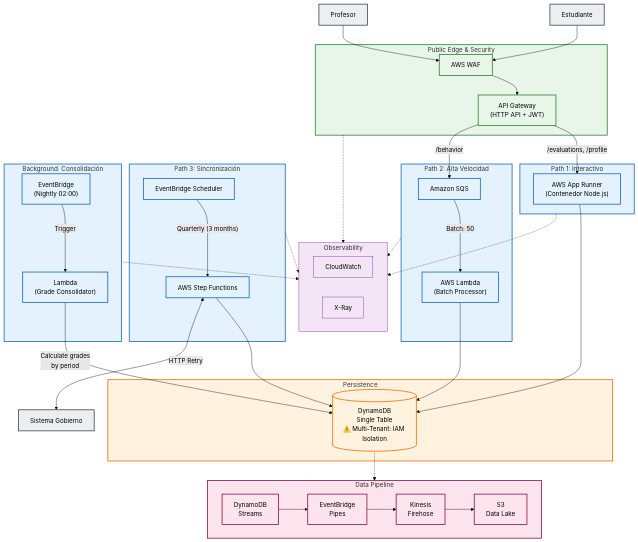
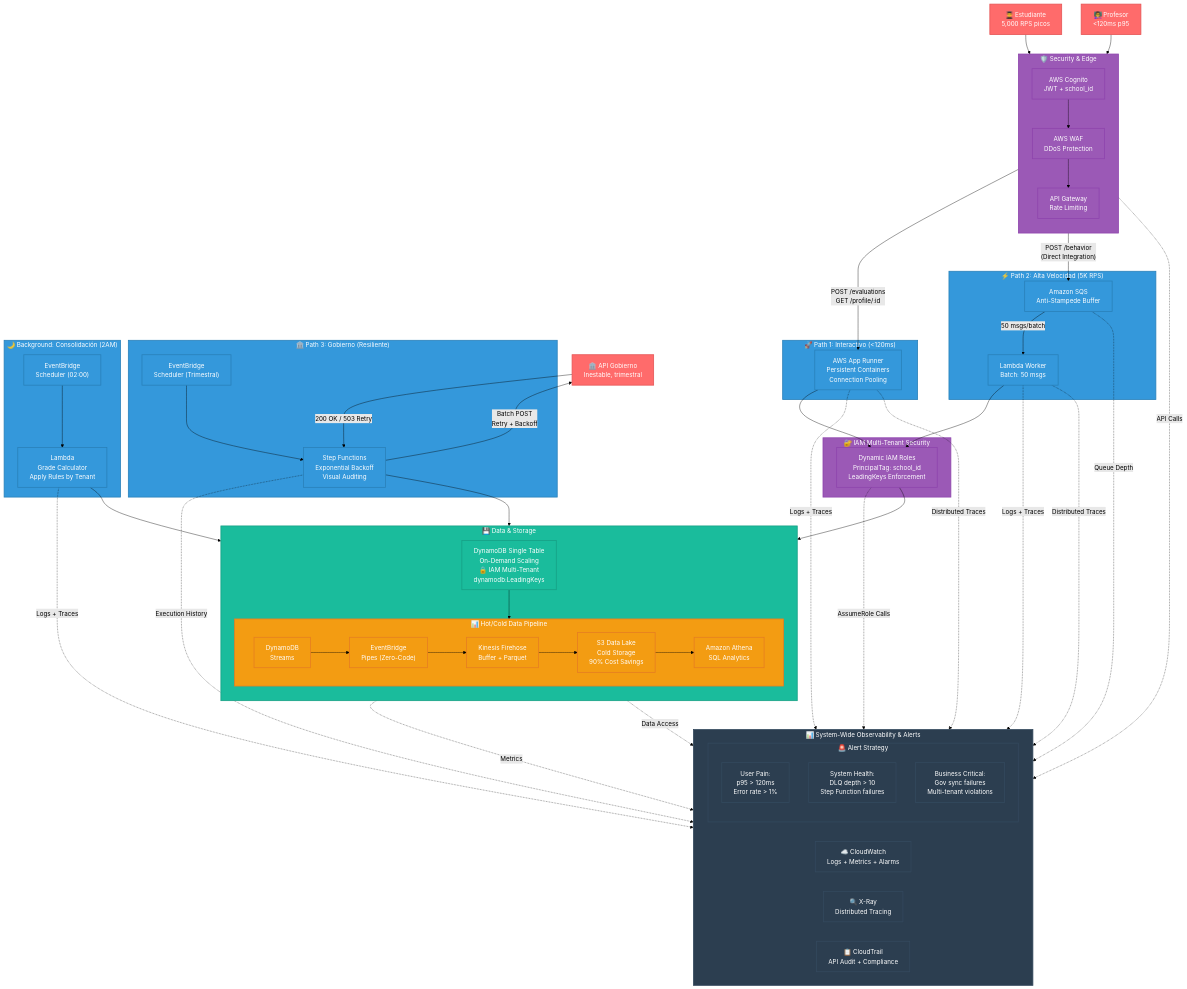
One commit to fabzter/luca-home-assessment changed the first of 2 diagrams in README.md. Above: the diagram before and after it, drawn with Mermaid (forest theme). The commit also changed other lines of this file and 10 other files, not shown here.

````diff
--- a/README.md
+++ b/README.md
@@ -24,102 +26,146 @@
 ```mermaid
 flowchart TB
-    %% External Actors
-    Student["Estudiante"]
-    Teacher["Profesor"]
-    GovSystem["Sistema Gobierno"]
-
-    %% === PUBLIC EDGE LAYER ===
-    subgraph EdgeLayer ["Public Edge & Security"]
-        WAF["AWS WAF"]
-        APIG["API Gateway<br/>(HTTP API + JWT)"]
+    %% === EXTERNAL ACTORS ===
+    Student["👨‍🎓 Estudiante<br/>5,000 RPS picos"]
+    Teacher["👩‍🏫 Profesor<br/><120ms p95"]
+    GovAPI["🏛️ API Gobierno<br/>Inestable, trimestral"]
+    
+    %% === SECURITY & EDGE ===
+    subgraph EdgeSecurity ["🛡️ Security & Edge"]
+        direction TB
+        Cognito["AWS Cognito<br/>JWT + school_id"]
+        WAF["AWS WAF<br/>DDoS Protection"]
+        APIG["API Gateway<br/>Rate Limiting"]
     end
-
-    %% === COMPUTE & INGESTION LAYER ===
-    subgraph Path1 ["Path 1: Interactivo"]
-        AppRunner["AWS App Runner<br/>(Contenedor Node.js)"]
+    
+    %% === COMPUTE PATHS ===
+    subgraph InteractivePath ["🚀 Path 1: Interactivo (<120ms)"]
+        AppRunner["AWS App Runner<br/>Persistent Containers<br/>Connection Pooling"]
     end
-
-    subgraph Path2 ["Path 2: Alta Velocidad"]
-        SQS["Amazon SQS"]
-        Lambda["AWS Lambda<br/>(Batch Processor)"]
+    
+    subgraph IngestionPath ["⚡ Path 2: Alta Velocidad (5K RPS)"]
+        SQS["Amazon SQS<br/>Anti-Stampede Buffer"]
+        LambdaBatch["Lambda Worker<br/>Batch: 50 msgs"]
     end
-
-    subgraph Path3 ["Path 3: Sincronización"]
-        Scheduler["EventBridge Scheduler"]
-        StepFunctions["AWS Step Functions"]
+    
+    subgraph GovPath ["🏛️ Path 3: Gobierno (Resiliente)"]
+        EventScheduler["EventBridge<br/>Scheduler (Trimestral)"]
+        StepFunctions["Step Functions<br/>Exponential Backoff<br/>Visual Auditing"]
     end
-
-    subgraph BackgroundJob ["Background: Consolidación"]
-        NightlyScheduler["EventBridge<br/>(Nightly 02:00)"]
-        ConsolidatorLambda["Lambda<br/>(Grade Consolidator)"]
+    
+    subgraph BackgroundPath ["🌙 Background: Consolidación (2AM)"]
+        NightlyScheduler["EventBridge<br/>Scheduler (02:00)"]
+        GradeConsolidator["Lambda<br/>Grade Calculator<br/>Apply Rules by Tenant"]
     end
-
-    %% === PERSISTENCE LAYER ===
-    subgraph PersistenceLayer ["Persistence"]
-        DynamoDB[("DynamoDB<br/>Single Table<br/>⚠️ Multi-Tenant: IAM Isolation")]
+    
+    %% === DATA & STORAGE ===
+    subgraph DataLayer ["💾 Data & Storage"]
+        direction TB
+        DynamoDB["DynamoDB Single Table<br/>On-Demand Scaling<br/>🔒 IAM Multi-Tenant<br/>dynamodb:LeadingKeys"]
+        
+        subgraph DataPipeline ["📊 Hot/Cold Data Pipeline"]
+            direction LR
+            DDBStreams["DynamoDB<br/>Streams"]
+            Pipes["EventBridge<br/>Pipes (Zero-Code)"]
+            Firehose["Kinesis Firehose<br/>Buffer + Parquet"]
+            S3DataLake["S3 Data Lake<br/>Cold Storage<br/>90% Cost Savings"]
+            Athena["Amazon Athena<br/>SQL Analytics"]
+            
+            DDBStreams --> Pipes
+            Pipes --> Firehose  
+            Firehose --> S3DataLake
+            S3DataLake --> Athena
+        end
     end
-
-    %% === DATA PIPELINE ===
-    subgraph DataPipeline ["Data Pipeline"]
-        direction LR
-        Streams["DynamoDB<br/>Streams"] --> Pipes["EventBridge<br/>Pipes"]
-        Pipes --> Firehose["Kinesis<br/>Firehose"]
-        Firehose --> S3["S3<br/>Data Lake"]
+    
+    %% === IAM SECURITY ===
+    subgraph IAMLayer ["🔐 IAM Multi-Tenant Security"]
+        IAMRoles["Dynamic IAM Roles<br/>PrincipalTag: school_id<br/>LeadingKeys Enforcement"]
     end
-
-    %% === OBSERVABILITY ===
-    subgraph ObsLayer ["Observability"]
-        direction LR
-        CloudWatch["CloudWatch"]
-        XRay["X-Ray"]
-    end
-
+    
     %% === TRAFFIC FLOWS ===
     
-    %% Entry
-    Student & Teacher --> WAF
+    %% Authentication
+    Student --> Cognito
+    Teacher --> Cognito
+    Cognito --> WAF
+    
+    %% Entry through Security
     WAF --> APIG
-
-    %% Path 1: Interactive
-    APIG -->|"/evaluations, /profile"| AppRunner
-    AppRunner --> DynamoDB
-
-    %% Path 2: High Volume
-    APIG -->|"/behavior"| SQS
-    SQS -->|"Batch: 50"| Lambda
-    Lambda --> DynamoDB
-
+    
+    %% Path 1: Interactive (Teachers/Students)
+    APIG -->|"POST /evaluations<br/>GET /profile/:id"| AppRunner
+    AppRunner --> IAMRoles
+    IAMRoles --> DynamoDB
+    
+    %% Path 2: High-Volume Ingestion
+    APIG -->|"POST /behavior<br/>(Direct Integration)"| SQS
+    SQS -->|"50 msgs/batch"| LambdaBatch
+    LambdaBatch --> IAMRoles
+    
     %% Path 3: Government Sync
-    Scheduler -->|"Quarterly (3 months)"| StepFunctions
+    EventScheduler --> StepFunctions
+    StepFunctions -->|"Batch POST<br/>Retry + Backoff"| GovAPI
     StepFunctions --> DynamoDB
-    StepFunctions <-->|"HTTP Retry"| GovSystem
-
-    %% Background Consolidation
-    NightlyScheduler -->|Trigger| ConsolidatorLambda
-    ConsolidatorLambda -->|"Calculate grades<br/>by period"| DynamoDB
-
-    %% Data Pipeline Connection
-    DynamoDB -.-> Streams
-
-    %% Observability (simplified - single connection per layer)
-    EdgeLayer -.-> ObsLayer
-    Path1 -.-> ObsLayer
-    Path2 -.-> ObsLayer
-    Path3 -.-> ObsLayer
-    BackgroundJob -.-> ObsLayer
-
-    %% Styling
-    classDef edge fill:#e8f5e9,stroke:#2e7d32,stroke-width:2px
-    classDef compute fill:#e3f2fd,stroke:#1565c0,stroke-width:2px
-    classDef data fill:#fff3e0,stroke:#ef6c00,stroke-width:2px
-    classDef pipeline fill:#fce4ec,stroke:#880e4f,stroke-width:2px
-    classDef obs fill:#f3e5f5,stroke:#7b1fa2,stroke-width:1px
-    classDef external fill:#eceff1,stroke:#37474f,stroke-width:2px
-
-    class WAF,APIG,EdgeLayer edge
-    class AppRunner,Lambda,SQS,Scheduler,StepFunctions,NightlyScheduler,ConsolidatorLambda,Path1,Path2,Path3,BackgroundJob compute
-    class DynamoDB,PersistenceLayer data
-    class Streams,Pipes,Firehose,S3,DataPipeline pipeline
-    class CloudWatch,XRay,ObsLayer obs
-    class Student,Teacher,GovSystem external
+    
+    %% Background Job
+    NightlyScheduler --> GradeConsolidator
+    GradeConsolidator --> DynamoDB
+    
+    %% Data Pipeline (flows from DynamoDB)
+    DynamoDB --> DDBStreams
+    
+    %% External API Response
+    GovAPI -->|"200 OK / 503 Retry"| StepFunctions
+    
+    %% === SYSTEM-WIDE OBSERVABILITY BAR ===
+    subgraph ObservabilityBar ["📊 System-Wide Observability & Alerts"]
+        direction LR
+        CloudWatch["☁️ CloudWatch<br/>Logs + Metrics + Alarms"]
+        XRay["🔍 X-Ray<br/>Distributed Tracing"]
+        CloudTrail["📋 CloudTrail<br/>API Audit + Compliance"]
+        
+        subgraph AlertStrategy ["🚨 Alert Strategy"]
+            UserAlerts["User Pain:<br/>p95 > 120ms<br/>Error rate > 1%"]
+            SystemAlerts["System Health:<br/>DLQ depth > 10<br/>Step Function failures"]
+            BusinessAlerts["Business Critical:<br/>Gov sync failures<br/>Multi-tenant violations"]
+        end
+    end
+    
+    %% === OBSERVABILITY CONNECTIONS (dotted lines to show system-wide) ===
+    AppRunner -.->|"Logs + Traces"| CloudWatch
+    LambdaBatch -.->|"Logs + Traces"| CloudWatch  
+    StepFunctions -.->|"Execution History"| CloudWatch
+    GradeConsolidator -.->|"Logs + Traces"| CloudWatch
+    DynamoDB -.->|"Metrics"| CloudWatch
+    SQS -.->|"Queue Depth"| CloudWatch
+    
+    AppRunner -.->|"Distributed Traces"| XRay
+    LambdaBatch -.->|"Distributed Traces"| XRay
+    
+    APIG -.->|"API Calls"| CloudTrail
+    DynamoDB -.->|"Data Access"| CloudTrail
+    IAMRoles -.->|"AssumeRole Calls"| CloudTrail
+    
+    %% === STYLING ===
+    classDef external fill:#ff6b6b,stroke:#e55454,stroke-width:2px,color:#fff
+    classDef security fill:#9b59b6,stroke:#8e44ad,stroke-width:2px,color:#fff  
+    classDef compute fill:#3498db,stroke:#2980b9,stroke-width:2px,color:#fff
+    classDef data fill:#1abc9c,stroke:#16a085,stroke-width:2px,color:#fff
+    classDef pipeline fill:#f39c12,stroke:#e67e22,stroke-width:2px,color:#fff
+    classDef obs fill:#2c3e50,stroke:#34495e,stroke-width:2px,color:#fff
+    classDef iam fill:#e74c3c,stroke:#c0392b,stroke-width:2px,color:#fff
+    
+    class Student,Teacher,GovAPI external
+    class EdgeSecurity,Cognito,WAF,APIG security
+    class IAMLayer,IAMRoles security
+    class InteractivePath,AppRunner compute
+    class IngestionPath,SQS,LambdaBatch compute
+    class GovPath,EventScheduler,StepFunctions compute
+    class BackgroundPath,NightlyScheduler,GradeConsolidator compute
+    class DataLayer,DynamoDB data
+    class DataPipeline,DDBStreams,Pipes,Firehose pipeline
+    class S3DataLake,Athena pipeline
+    class ObservabilityBar,CloudWatch,XRay,CloudTrail obs
+    class AlertStrategy,UserAlerts,SystemAlerts,BusinessAlerts obs
 ```
````
